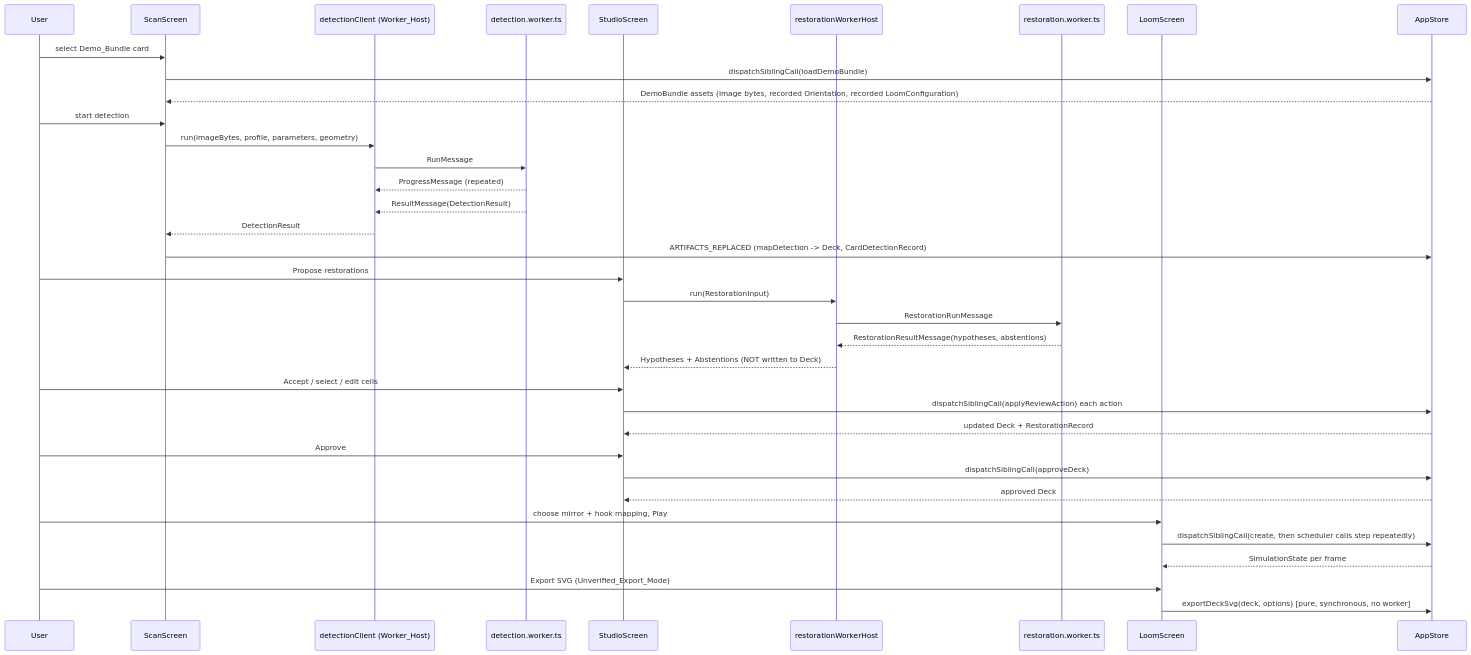
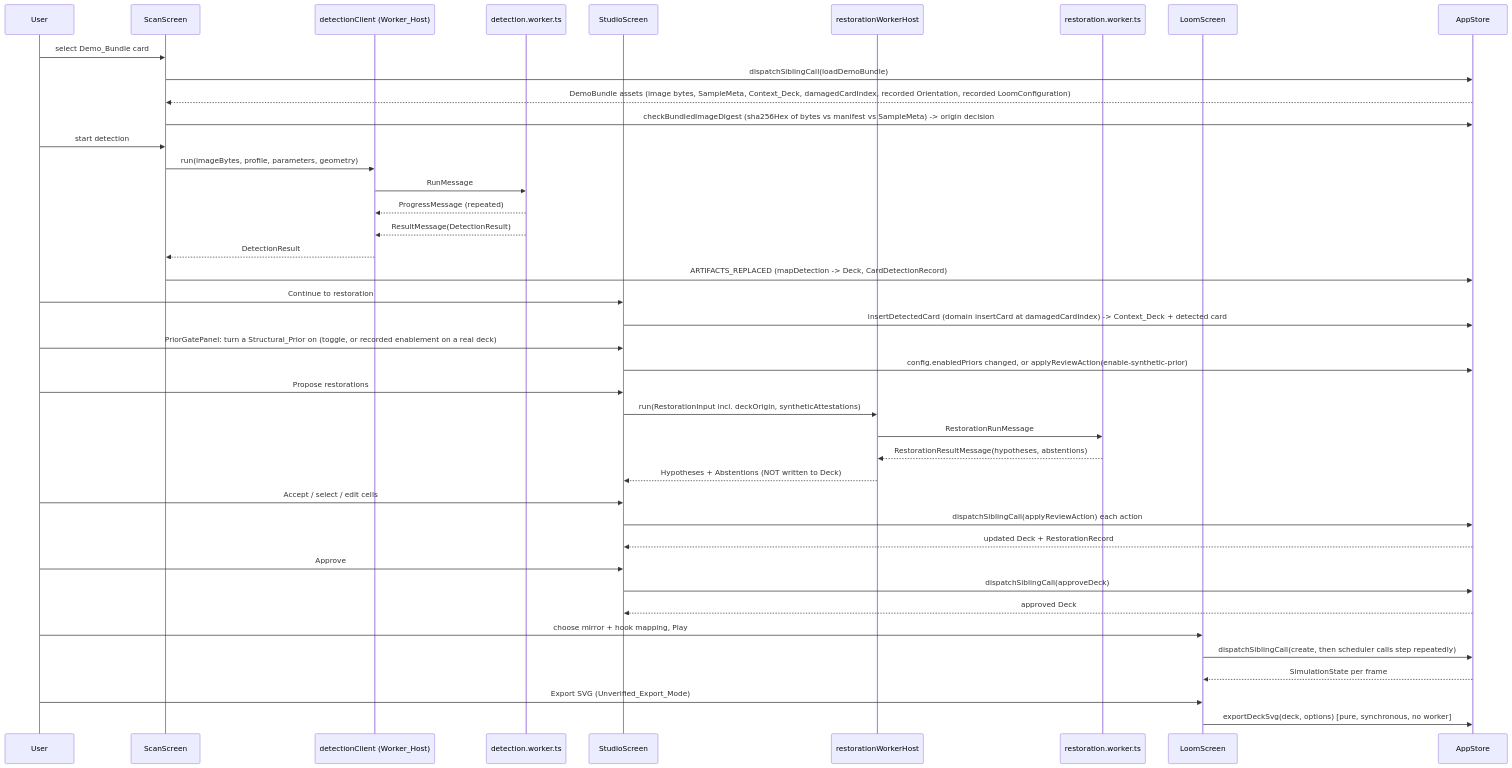
The second of 2 diagrams in .kiro/specs/web-app-workbench/design.md (TarequeSyed/Loom-Lazarus), drawn with Mermaid before and after one commit. The commit also changed other lines of this file and 10 other files, not shown here.

````diff
--- a/.kiro/specs/web-app-workbench/design.md
+++ b/.kiro/specs/web-app-workbench/design.md
@@ -257,39 +283,44 @@
 ```mermaid
 sequenceDiagram
   participant U as User
   participant Scan as ScanScreen
   participant DC as detectionClient (Worker_Host)
   participant DW as detection.worker.ts
   participant Studio as StudioScreen
   participant RH as restorationWorkerHost
   participant RW as restoration.worker.ts
   participant Loom as LoomScreen
   participant Store as AppStore
 
   U->>Scan: select Demo_Bundle card
   Scan->>Store: dispatchSiblingCall(loadDemoBundle)
-  Store-->>Scan: DemoBundle assets (image bytes, recorded Orientation, recorded LoomConfiguration)
+  Store-->>Scan: DemoBundle assets (image bytes, SampleMeta, Context_Deck, damagedCardIndex, recorded Orientation, recorded LoomConfiguration)
+  Scan->>Store: checkBundledImageDigest (sha256Hex of bytes vs manifest vs SampleMeta) -> origin decision
   U->>Scan: start detection
   Scan->>DC: run(imageBytes, profile, parameters, geometry)
   DC->>DW: RunMessage
   DW-->>DC: ProgressMessage (repeated)
   DW-->>DC: ResultMessage(DetectionResult)
   DC-->>Scan: DetectionResult
   Scan->>Store: ARTIFACTS_REPLACED (mapDetection -> Deck, CardDetectionRecord)
+  U->>Studio: Continue to restoration
+  Studio->>Store: insertDetectedCard (domain insertCard at damagedCardIndex) -> Context_Deck + detected card
+  U->>Studio: PriorGatePanel: turn a Structural_Prior on (toggle, or recorded enablement on a real deck)
+  Studio->>Store: config.enabledPriors changed, or applyReviewAction(enable-synthetic-prior)
   U->>Studio: Propose restorations
-  Studio->>RH: run(RestorationInput)
+  Studio->>RH: run(RestorationInput incl. deckOrigin, syntheticAttestations)
   RH->>RW: RestorationRunMessage
   RW-->>RH: RestorationResultMessage(hypotheses, abstentions)
   RH-->>Studio: Hypotheses + Abstentions (NOT written to Deck)
   U->>Studio: Accept / select / edit cells
   Studio->>Store: dispatchSiblingCall(applyReviewAction) each action
   Store-->>Studio: updated Deck + RestorationRecord
   U->>Studio: Approve
   Studio->>Store: dispatchSiblingCall(approveDeck)
   Store-->>Studio: approved Deck
   U->>Loom: choose mirror + hook mapping, Play
   Loom->>Store: dispatchSiblingCall(create, then scheduler calls step repeatedly)
   Store-->>Loom: SimulationState per frame
   U->>Loom: Export SVG (Unverified_Export_Mode)
   Loom->>Store: exportDeckSvg(deck, options) [pure, synchronous, no worker]
 ```
````
